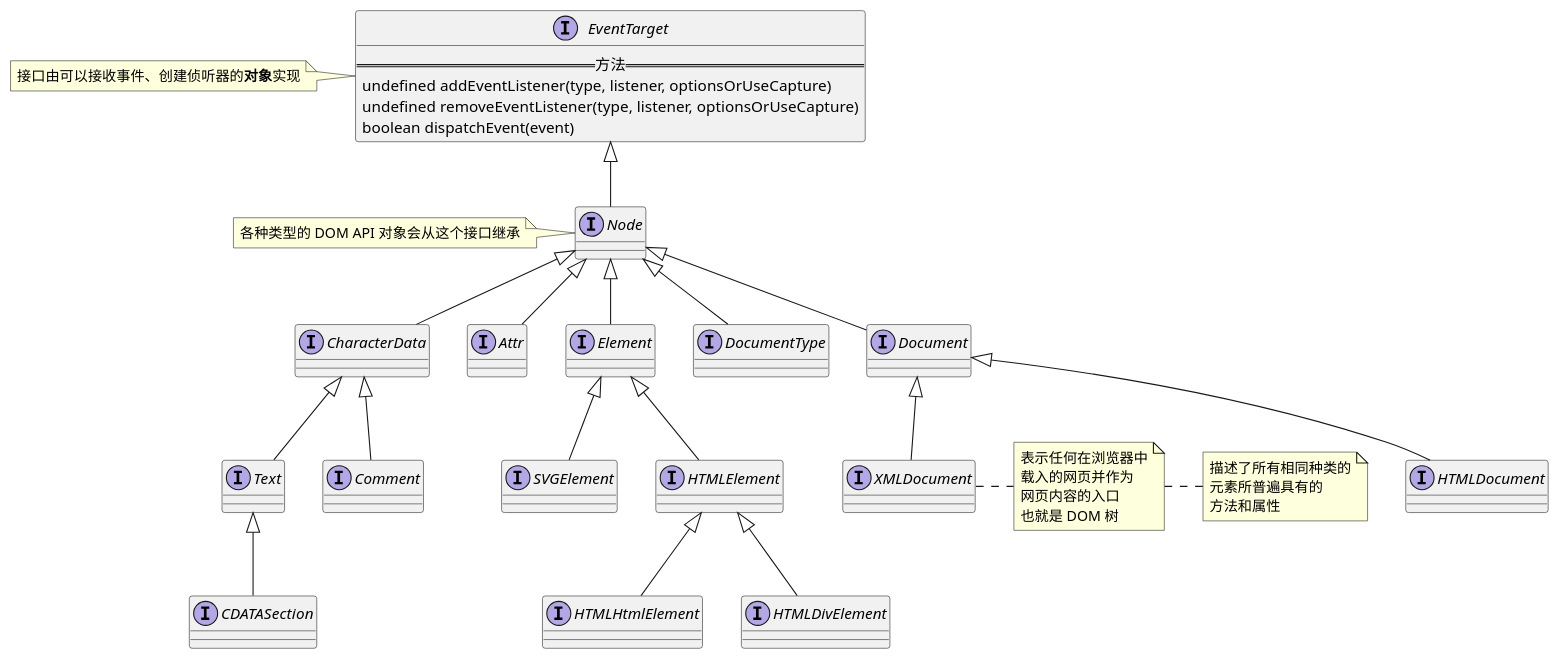
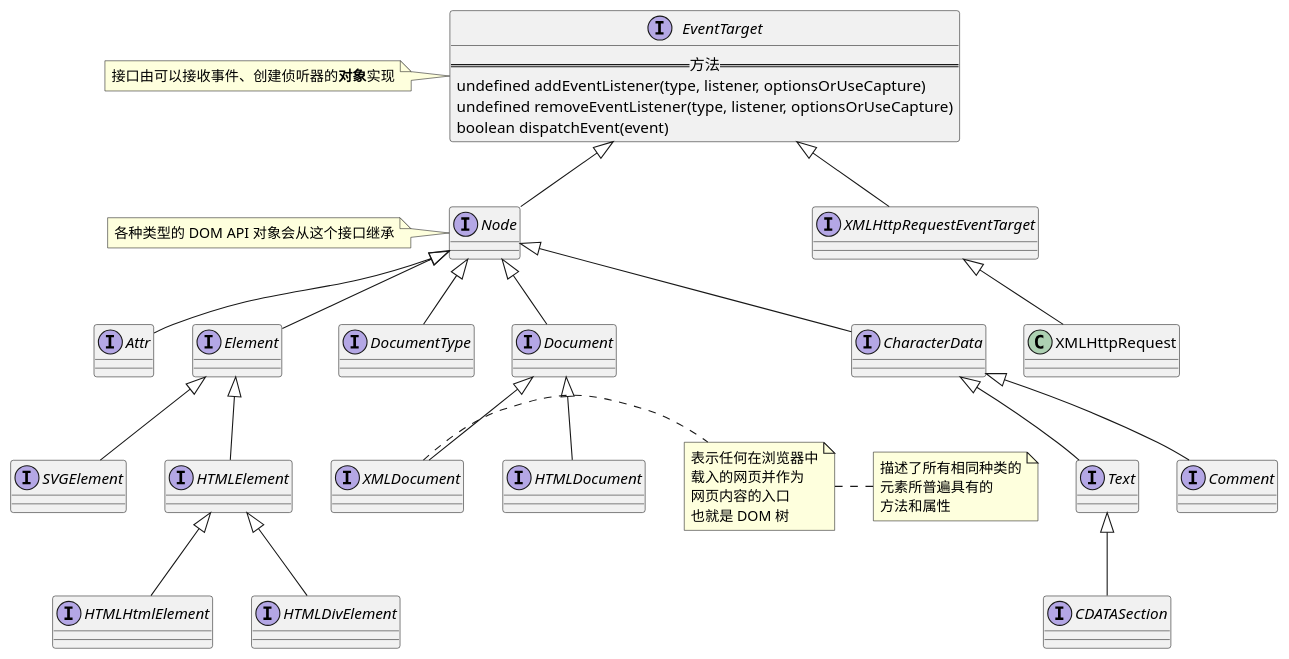
The diagram in doc/知识累积/Web/dom_easy.wsd (TigerWFH/webapp), drawn with PlantUML before and after one commit. The commit also changed 3 other files, not shown here.

```diff
--- a/doc/知识累积/Web/dom_easy.wsd
+++ b/doc/知识累积/Web/dom_easy.wsd
@@ -1,62 +1,67 @@
 @startuml DOM
     interface EventTarget {
         == 方法 ==
         undefined addEventListener(type, listener, optionsOrUseCapture)
         undefined removeEventListener(type, listener, optionsOrUseCapture)
         boolean dispatchEvent(event)
     }
     note left: 接口由可以接收事件、创建侦听器的<b>对象</b>实现
     ' interface CustomEvent {}
     ' interface NodeList {}
     ' interface NamedNodeMap {}
+    interface XMLHttpRequestEventTarget {}
+    class XMLHttpRequest {}
     interface Node {}
     note left: 各种类型的 DOM API 对象会从这个接口继承
     interface CharacterData {}
     interface Attr {}
     interface Element {}
     interface DocumentType {}
     interface Document {}
     ' interface ProcessingInstruction {}
     ' interface Notation {}
     ' interface Entity {}
     ' interface EntityReference {}
 
     interface Text {}
     interface Comment {}
 
     interface CDATASection {}
 
     interface SVGElement {}
     interface HTMLElement {}
     interface HTMLHtmlElement {}
     interface HTMLDivElement {}
 
     interface HTMLDocument {}
     interface XMLDocument {}
 
+    EventTarget <|-- XMLHttpRequestEventTarget
     EventTarget <|-- Node
+    
+    XMLHttpRequestEventTarget <|-- XMLHttpRequest
     Node <|-- Document
     note right: 表示任何在浏览器中\n载入的网页并作为\n网页内容的入口\n也就是 DOM 树
     Node <|-- Element
     note right: 描述了所有相同种类的\n元素所普遍具有的\n方法和属性
     Element <|-- SVGElement
     Element <|-- HTMLElement
     HTMLElement <|-- HTMLHtmlElement
     HTMLElement <|-- HTMLDivElement
     Node <|-- Attr
     Node <|-- CharacterData
     Node <|-- DocumentType
     ' Node <|-- ProcessingInstruction
     ' Node <|-- Notation
     ' Node <|-- Entity
     ' Node <|-- EntityReference
 
     Document <|-- HTMLDocument
     Document <|-- XMLDocument
 
     CharacterData <|-- Text
     CharacterData <|-- Comment
 
     Text <|-- CDATASection
 
 @enduml
```
